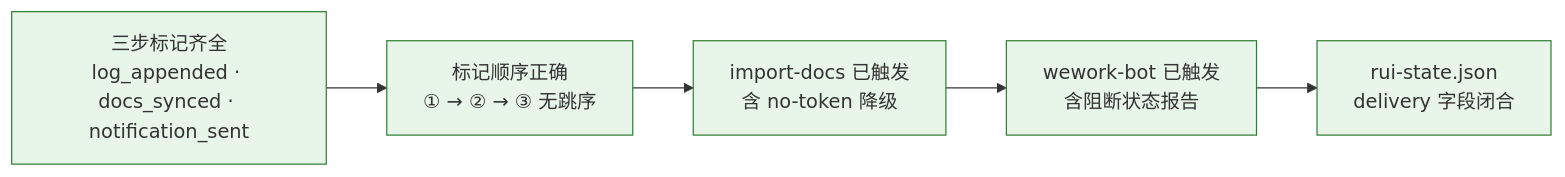
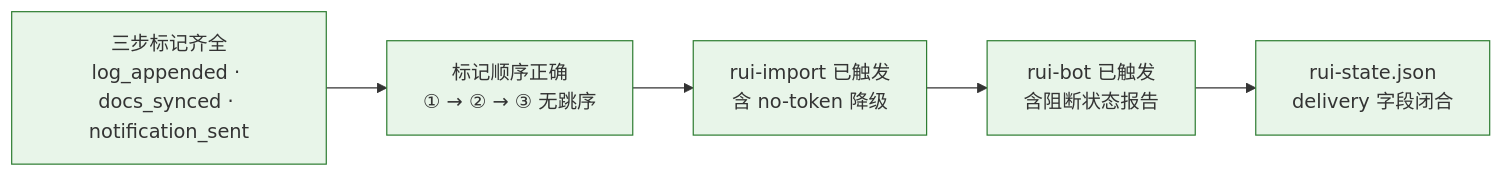
One commit to effiy/YrY changed the tenth of 10 diagrams in rules/delivery-gate.md. Above: the diagram before and after it, drawn with Mermaid. The commit also changed other lines of this file and 41 other files, not shown here.

````diff
--- a/rules/delivery-gate.md
+++ b/rules/delivery-gate.md
@@ -247,9 +247,9 @@
 ```mermaid
 flowchart LR
     S1["三步标记齐全<br/>log_appended · docs_synced · notification_sent"]:::sig --> S2["标记顺序正确<br/>① → ② → ③ 无跳序"]:::sig
-    S2 --> S3["import-docs 已触发<br/>含 no-token 降级"]:::sig
-    S3 --> S4["wework-bot 已触发<br/>含阻断状态报告"]:::sig
+    S2 --> S3["rui-import 已触发<br/>含 no-token 降级"]:::sig
+    S3 --> S4["rui-bot 已触发<br/>含阻断状态报告"]:::sig
     S4 --> S5["rui-state.json<br/>delivery 字段闭合"]:::sig
 
     classDef sig fill:#e8f5e9,stroke:#2e7d32;
 ```
````
